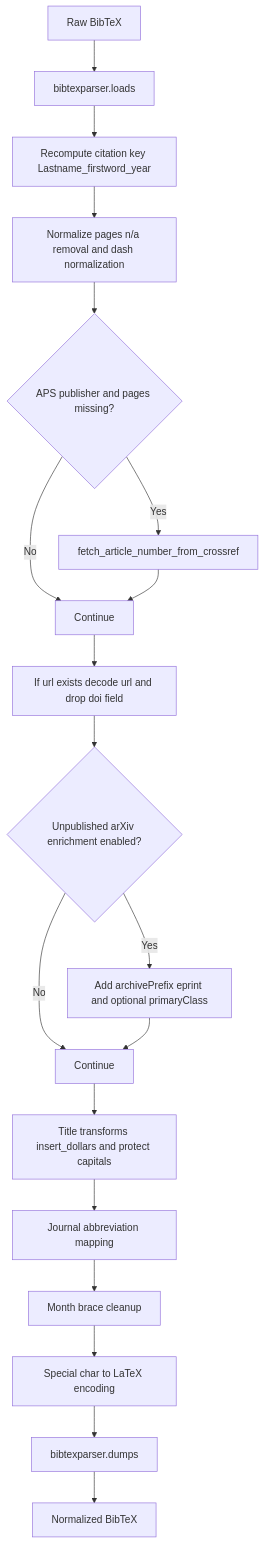
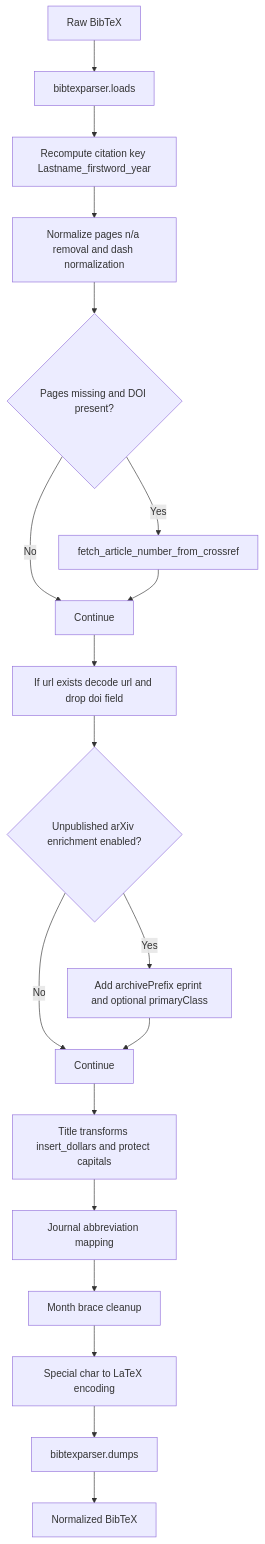
Before and after one commit to archisman-panigrahi/doi2bib3: the fourth of 4 diagrams in docs/ALGORITHM_VISUALS.md, drawn with Mermaid. The commit also changed other lines of this file and 4 other files, not shown here.

````diff
--- a/docs/ALGORITHM_VISUALS.md
+++ b/docs/ALGORITHM_VISUALS.md
@@ -79,21 +84,21 @@
 ```mermaid
 flowchart TD
     A[Raw BibTeX] --> B[bibtexparser.loads]
     B --> C[Recompute citation key Lastname_firstword_year]
     C --> D[Normalize pages n/a removal and dash normalization]
-    D --> E{APS publisher and pages missing?}
+    D --> E{Pages missing and DOI present?}
     E -->|Yes| F[fetch_article_number_from_crossref]
     E -->|No| G[Continue]
     F --> G
     G --> H[If url exists decode url and drop doi field]
     H --> I{Unpublished arXiv enrichment enabled?}
     I -->|Yes| J[Add archivePrefix eprint and optional primaryClass]
     I -->|No| K[Continue]
     J --> K
     K --> L[Title transforms insert_dollars and protect capitals]
     L --> M[Journal abbreviation mapping]
     M --> N[Month brace cleanup]
     N --> O[Special char to LaTeX encoding]
     O --> P[bibtexparser.dumps]
     P --> Q[Normalized BibTeX]
 ```
````
